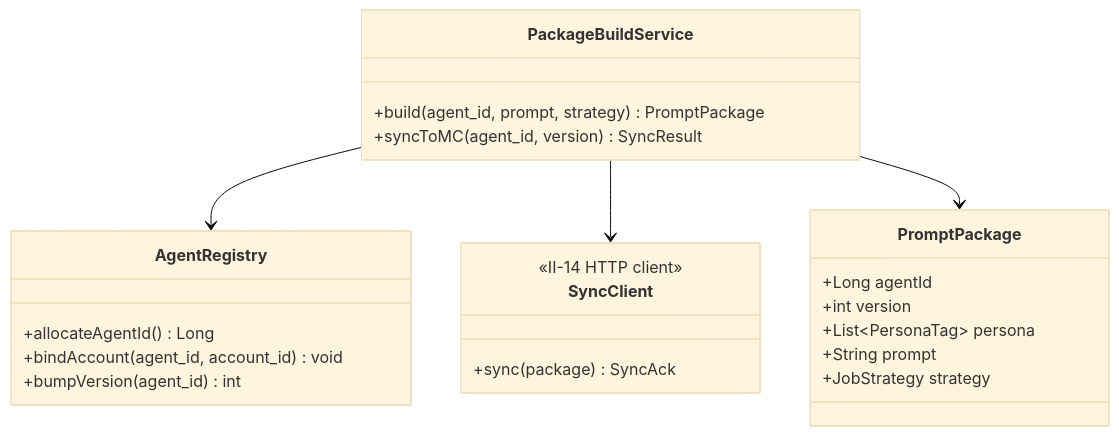
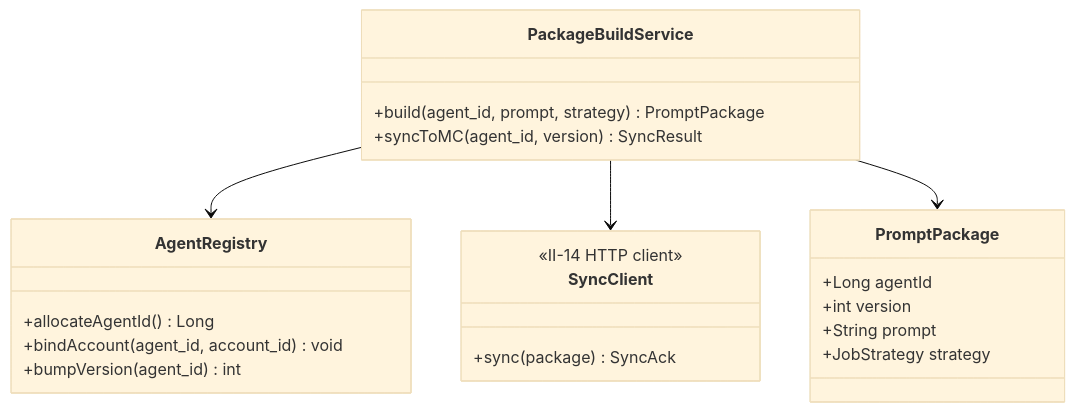
One commit to Sj-g/obsidian changed the sixth of 11 diagrams in 公司项目/认知作战/文档/软件详细设计说明-SWM子系统.md. Above: the diagram before and after it, drawn with Mermaid (base theme). The commit also changed other lines of this file and 10 other files, not shown here.

````diff
--- a/公司项目/认知作战/文档/软件详细设计说明-SWM子系统.md
+++ b/公司项目/认知作战/文档/软件详细设计说明-SWM子系统.md
@@ -429,26 +426,25 @@
 ```mermaid
 classDiagram
     class PackageBuildService {
         +build(agent_id, prompt, strategy) PromptPackage
         +syncToMC(agent_id, version) SyncResult
     }
     class PromptPackage {
         +Long agentId
         +int version
-        +List~PersonaTag~ persona
         +String prompt
         +JobStrategy strategy
     }
     class SyncClient {
         <<II-14 HTTP client>>
         +sync(package) SyncAck
     }
     class AgentRegistry {
         +allocateAgentId() Long
         +bindAccount(agent_id, account_id) void
         +bumpVersion(agent_id) int
     }
     PackageBuildService --> AgentRegistry
     PackageBuildService --> SyncClient
     PackageBuildService --> PromptPackage
 ```
````
